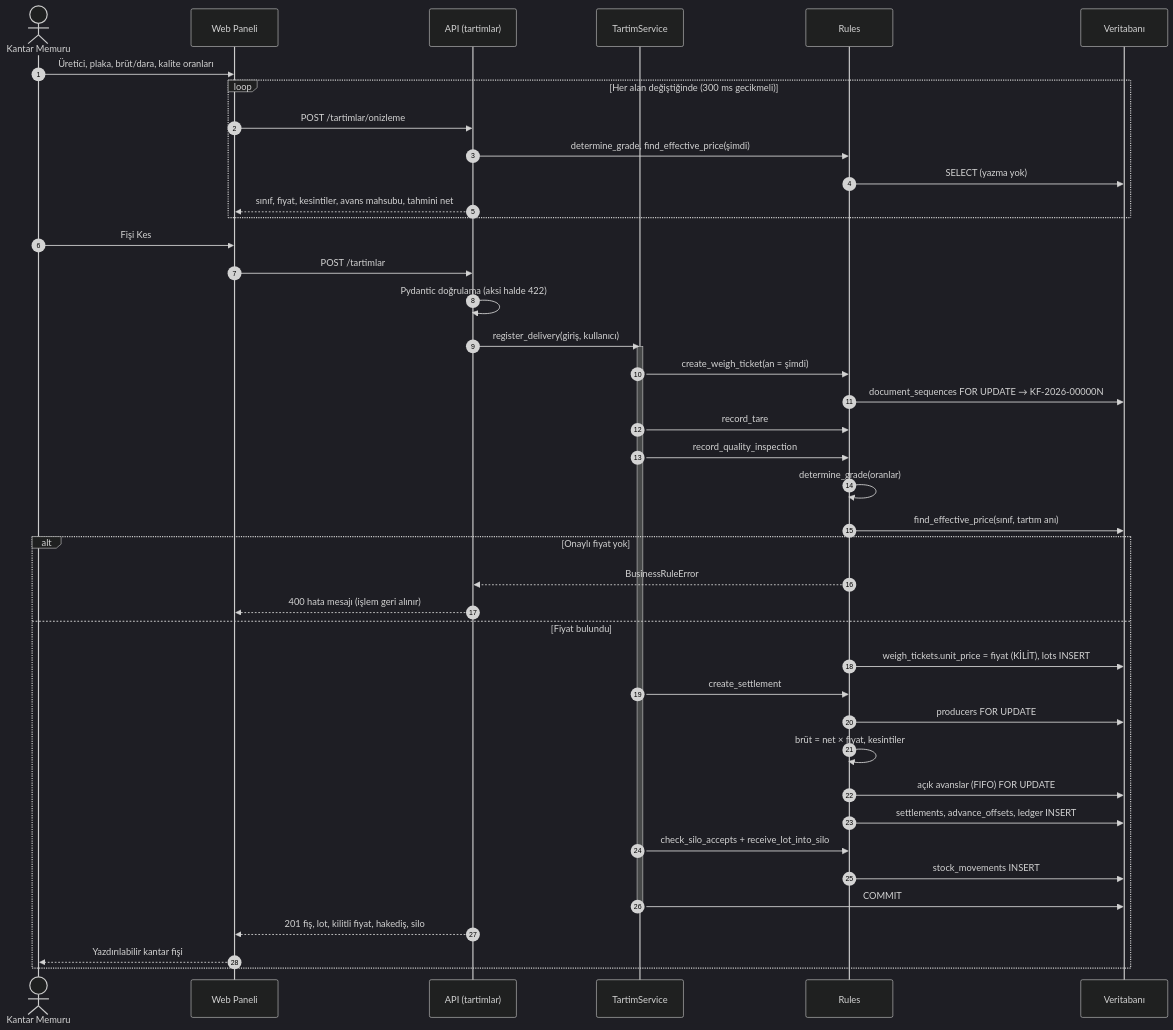
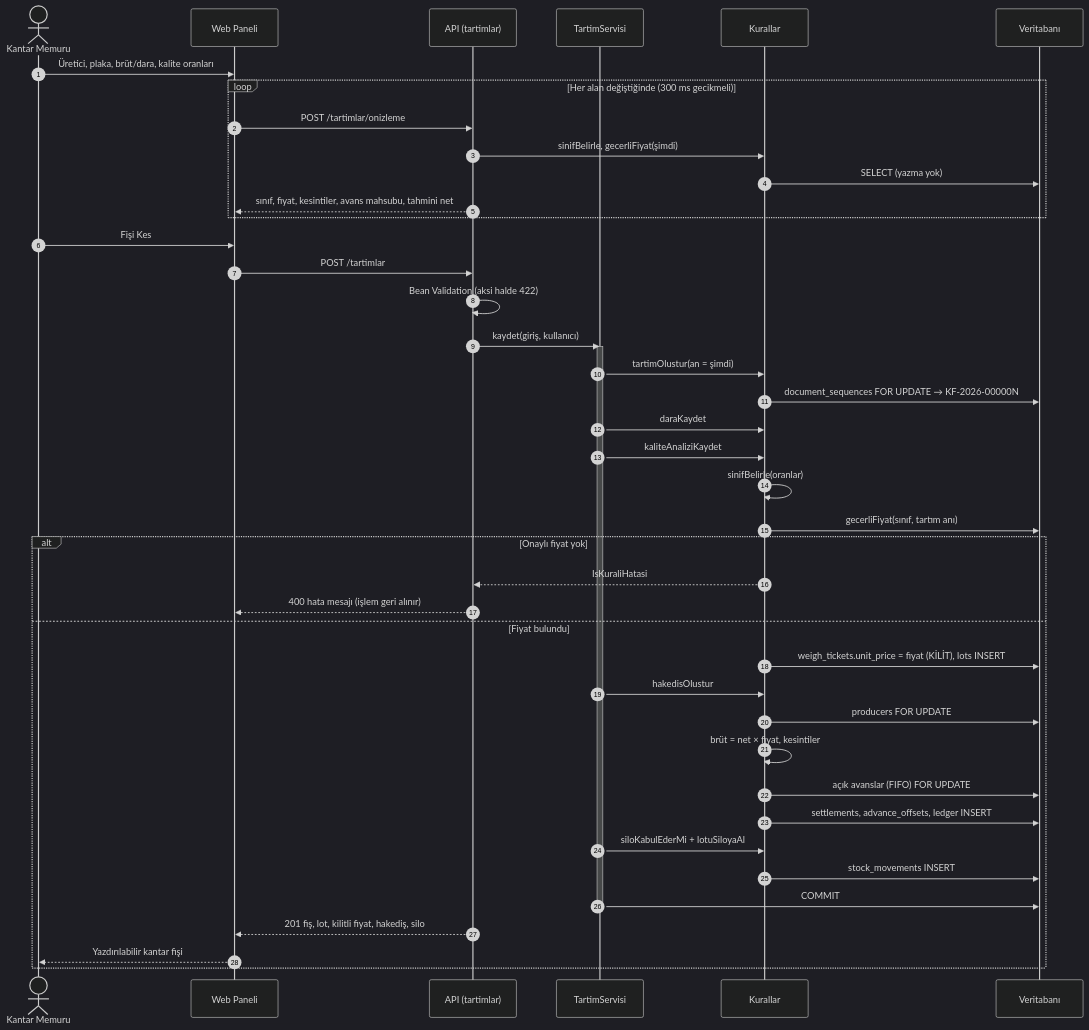
One commit to nisanurhrmn1/siirt-fistik-sistemi changed the fourth of 11 diagrams in docs/UML.md. Above: the diagram before and after it, drawn with Mermaid (dark theme). The commit also changed other lines of this file and 80 other files, not shown here.

````diff
--- a/docs/UML.md
+++ b/docs/UML.md
@@ -309,46 +309,46 @@
 ```mermaid
 sequenceDiagram
     autonumber
     actor KM as Kantar Memuru
     participant UI as Web Paneli
     participant API as API (tartimlar)
-    participant SV as TartimService
-    participant R as Rules
+    participant SV as TartimServisi
+    participant R as Kurallar
     participant DB as Veritabanı
 
     KM->>UI: Üretici, plaka, brüt/dara, kalite oranları
     loop Her alan değiştiğinde (300 ms gecikmeli)
         UI->>API: POST /tartimlar/onizleme
-        API->>R: determine_grade, find_effective_price(şimdi)
+        API->>R: sinifBelirle, gecerliFiyat(şimdi)
         R->>DB: SELECT (yazma yok)
         API-->>UI: sınıf, fiyat, kesintiler, avans mahsubu, tahmini net
     end
     KM->>UI: Fişi Kes
     UI->>API: POST /tartimlar
-    API->>API: Pydantic doğrulama (aksi halde 422)
-    API->>SV: register_delivery(giriş, kullanıcı)
+    API->>API: Bean Validation (aksi halde 422)
+    API->>SV: kaydet(giriş, kullanıcı)
     activate SV
-    SV->>R: create_weigh_ticket(an = şimdi)
+    SV->>R: tartimOlustur(an = şimdi)
     R->>DB: document_sequences FOR UPDATE → KF-2026-00000N
-    SV->>R: record_tare
-    SV->>R: record_quality_inspection
-    R->>R: determine_grade(oranlar)
-    R->>DB: find_effective_price(sınıf, tartım anı)
+    SV->>R: daraKaydet
+    SV->>R: kaliteAnaliziKaydet
+    R->>R: sinifBelirle(oranlar)
+    R->>DB: gecerliFiyat(sınıf, tartım anı)
     alt Onaylı fiyat yok
-        R-->>API: BusinessRuleError
+        R-->>API: IsKuraliHatasi
         API-->>UI: 400 hata mesajı (işlem geri alınır)
     else Fiyat bulundu
         R->>DB: weigh_tickets.unit_price = fiyat (KİLİT), lots INSERT
-        SV->>R: create_settlement
+        SV->>R: hakedisOlustur
         R->>DB: producers FOR UPDATE
         R->>R: brüt = net × fiyat, kesintiler
         R->>DB: açık avanslar (FIFO) FOR UPDATE
         R->>DB: settlements, advance_offsets, ledger INSERT
-        SV->>R: check_silo_accepts + receive_lot_into_silo
+        SV->>R: siloKabulEderMi + lotuSiloyaAl
         R->>DB: stock_movements INSERT
         SV->>DB: COMMIT
         deactivate SV
         API-->>UI: 201 fiş, lot, kilitli fiyat, hakediş, silo
         UI-->>KM: Yazdırılabilir kantar fişi
     end
 ```
````
